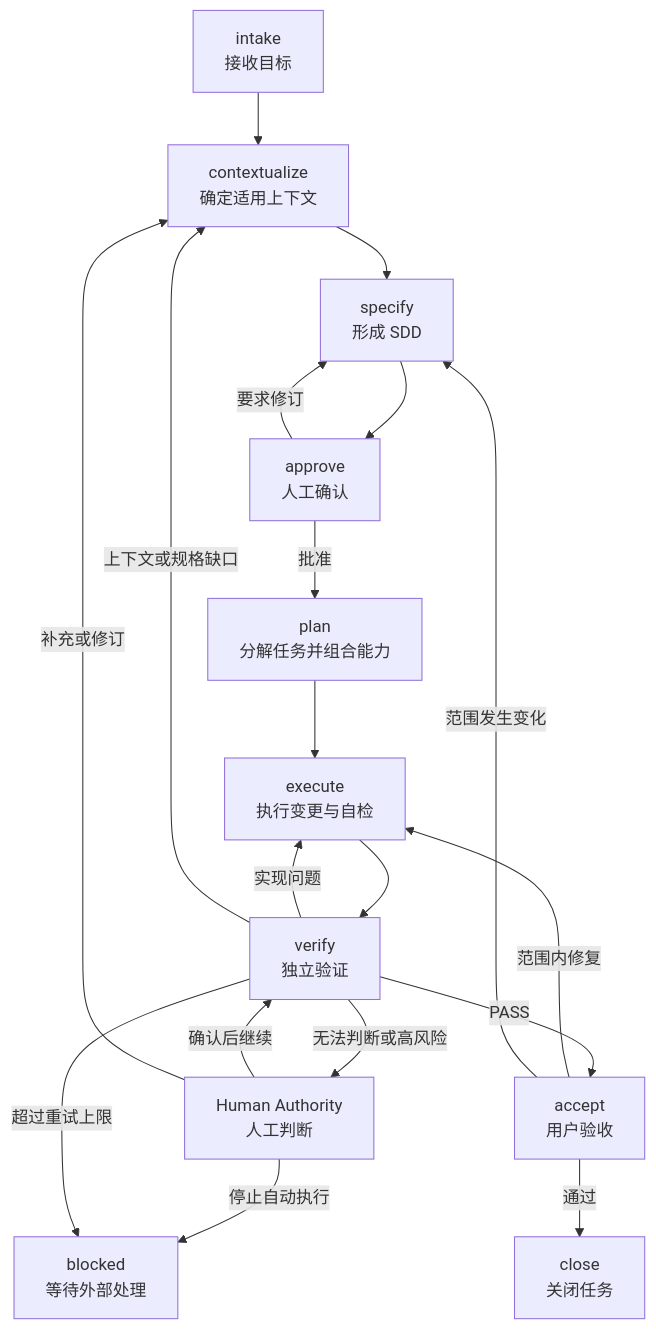
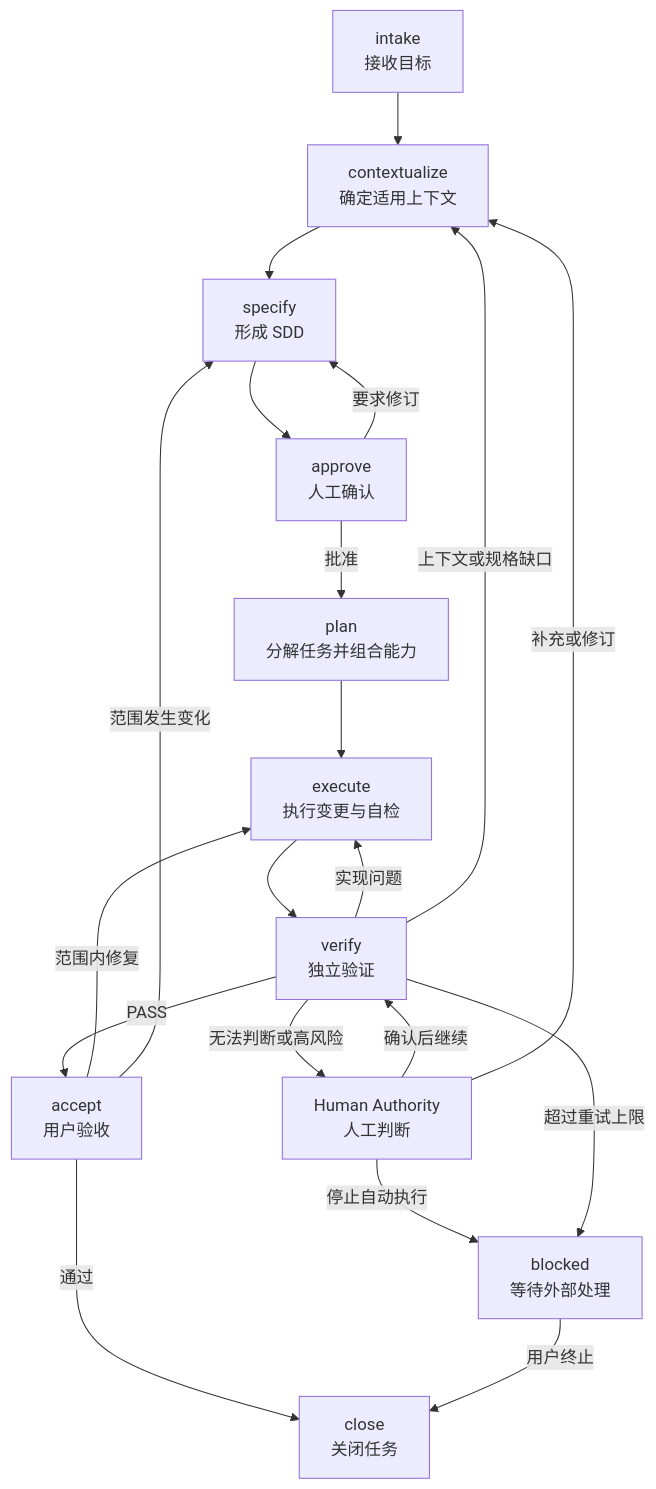
The second of 2 diagrams in README.md (jerrywang33/emi-harness), drawn with Mermaid before and after one commit. The commit also changed other lines of this file, not shown here.

````diff
--- a/README.md
+++ b/README.md
@@ -155,21 +115,22 @@
 ```mermaid
 flowchart TD
     intake["intake<br/>接收目标"] --> contextualize["contextualize<br/>确定适用上下文"]
     contextualize --> specify["specify<br/>形成 SDD"]
     specify --> approve["approve<br/>人工确认"]
     approve -->|批准| plan["plan<br/>分解任务并组合能力"]
     approve -->|要求修订| specify
     plan --> execute["execute<br/>执行变更与自检"]
     execute --> verify["verify<br/>独立验证"]
     verify -->|实现问题| execute
     verify -->|上下文或规格缺口| contextualize
     verify -->|无法判断或高风险| human["Human Authority<br/>人工判断"]
     human -->|确认后继续| verify
     human -->|补充或修订| contextualize
     human -->|停止自动执行| blocked["blocked<br/>等待外部处理"]
     verify -->|超过重试上限| blocked
     verify -->|PASS| accept["accept<br/>用户验收"]
     accept -->|通过| close["close<br/>关闭任务"]
     accept -->|范围内修复| execute
     accept -->|范围发生变化| specify
+    blocked -->|用户终止| close
 ```
````
